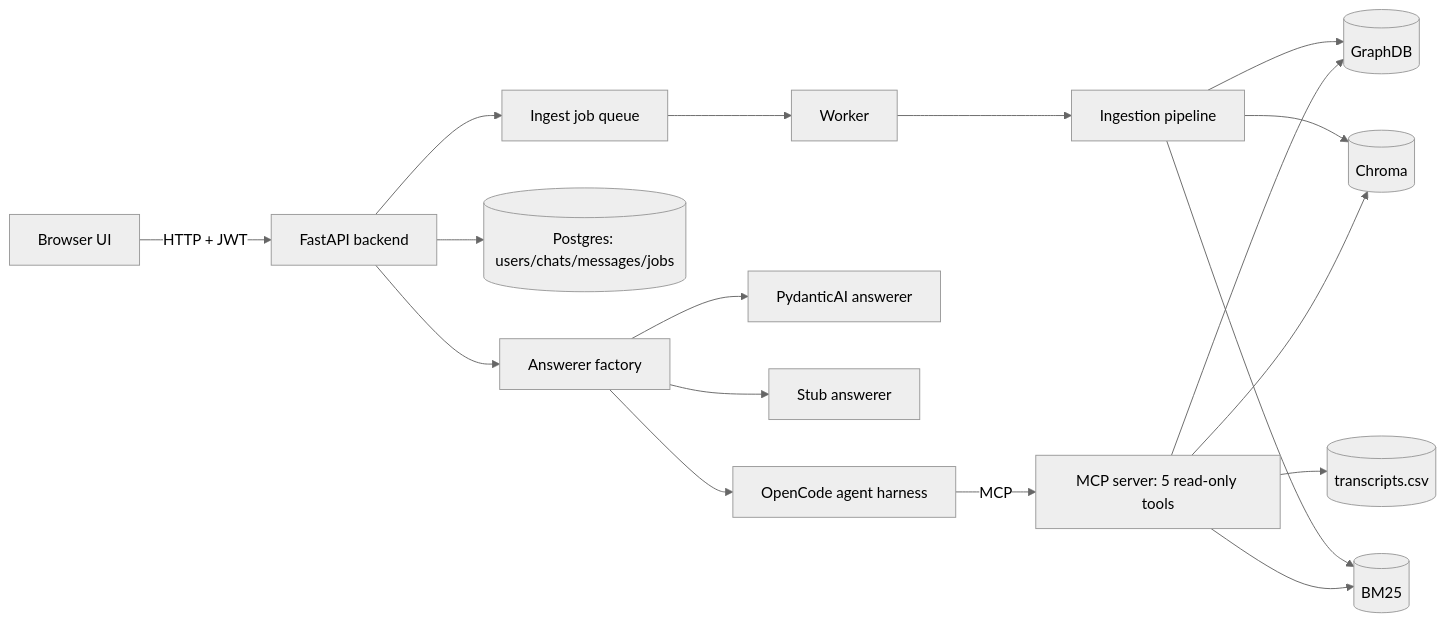
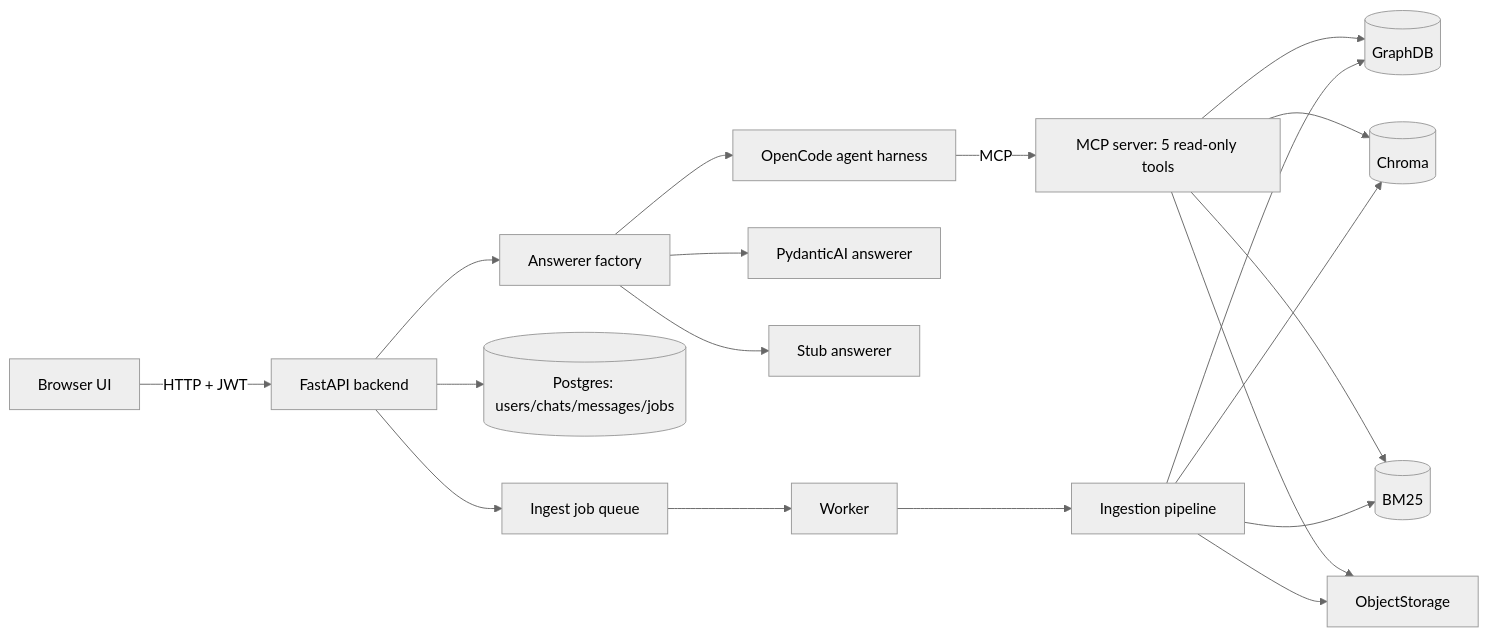
One commit to Iftimie/kg_llm_challenge- changed the first of 6 diagrams in ARCHITECTURE.md. Above: the diagram before and after it, drawn with Mermaid (neutral theme).

Commit message:
update .md file

````diff
--- a/ARCHITECTURE.md
+++ b/ARCHITECTURE.md
@@ -30,20 +30,22 @@
 ```mermaid
 flowchart LR
     U[Browser UI] -->|HTTP + JWT| B[FastAPI backend]
     B --> F[Answerer factory]
     F --> A[OpenCode agent harness]
     F --> P[PydanticAI answerer]
     F --> S[Stub answerer]
     A -->|MCP| M[MCP server: 5 read-only tools]
     M --> KG[(GraphDB)]
     M --> V[(Chroma)]
     M --> K[(BM25)]
-    M --> T[(transcripts.csv)]
+    M --> T[ObjectStorage]
     B --> Q[(Postgres: users/chats/messages/jobs)]
     B --> W[Ingest job queue]
     W --> I[Worker]
     I --> ING[Ingestion pipeline]
     ING --> KG
     ING --> V
     ING --> K
+    ING --> T
+
 ```
````
